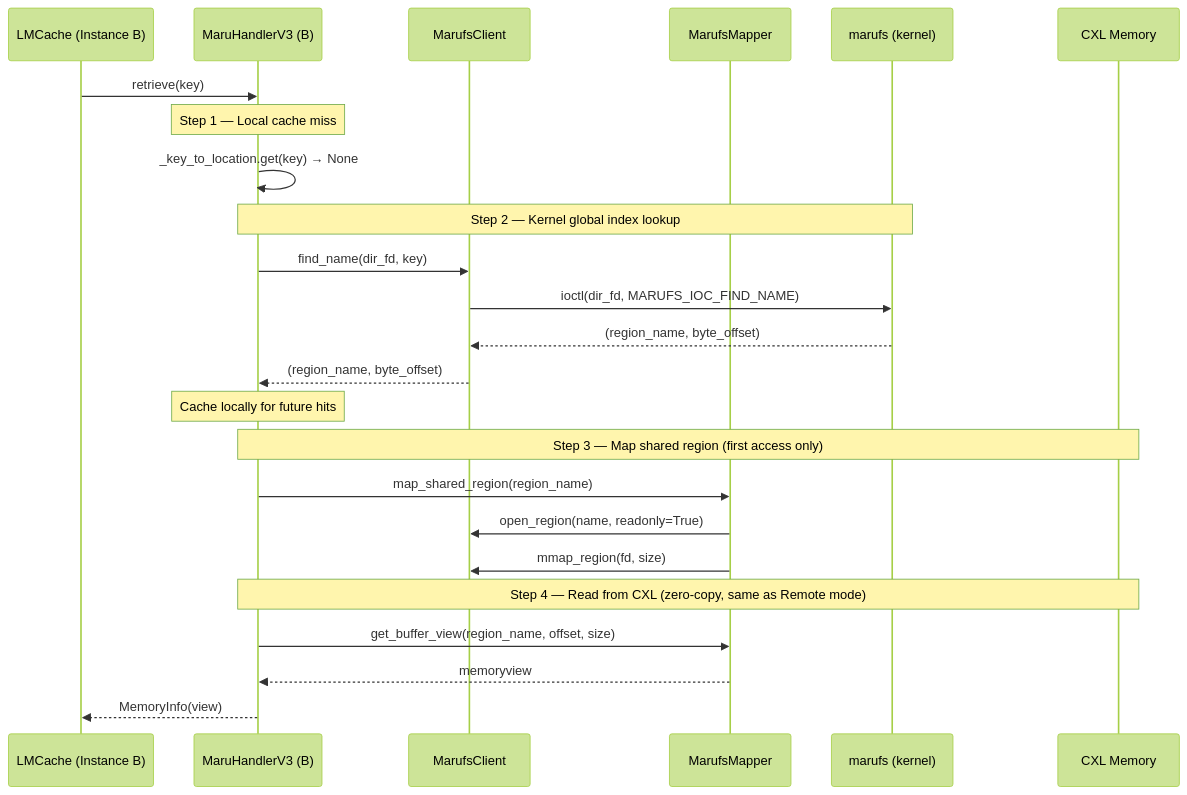
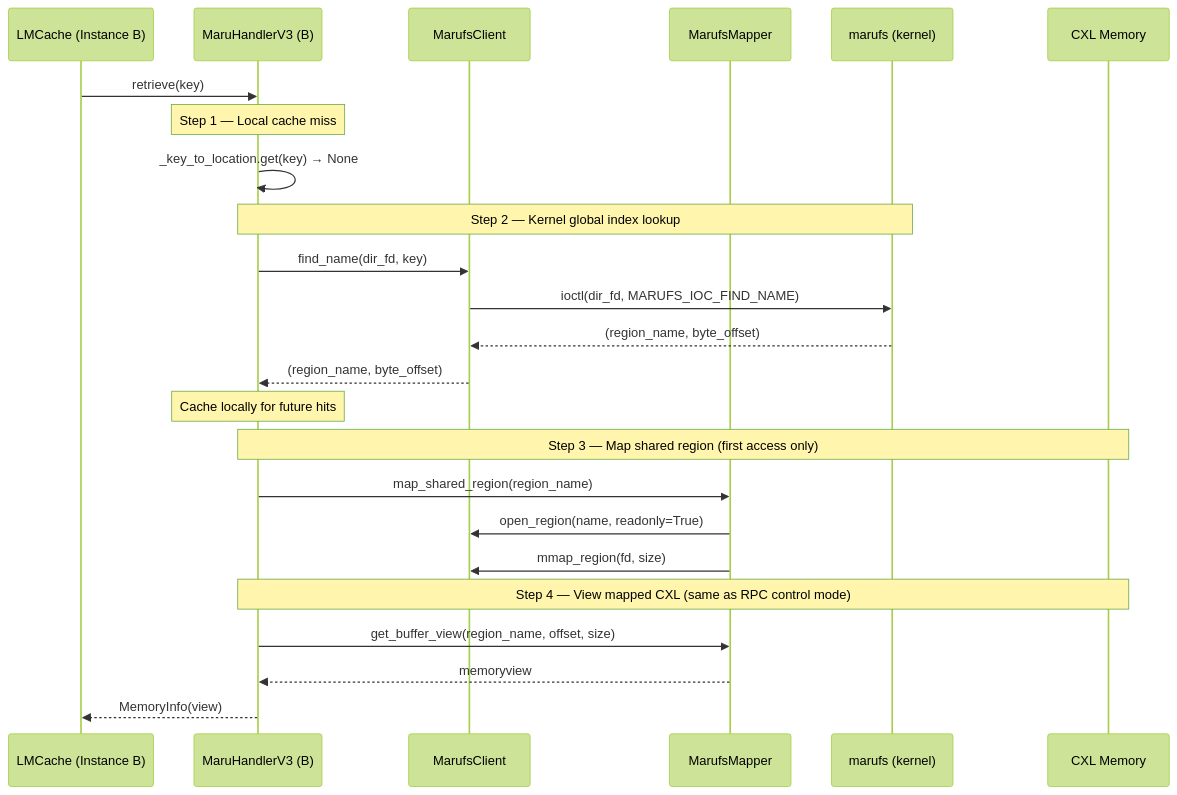
Before and after one commit to xcena-dev/maru: the second of 4 diagrams in docs/source/design_doc/maru_fs.md, drawn with Mermaid (forest theme). The commit also changed other lines of this file and 13 other files, not shown here.

````diff
--- a/docs/source/design_doc/maru_fs.md
+++ b/docs/source/design_doc/maru_fs.md
@@ -123,32 +125,32 @@
 ```mermaid
 sequenceDiagram
     participant C as LMCache (Instance B)
     participant H as MaruHandlerV3 (B)
     participant XC as MarufsClient
     participant XM as MarufsMapper
     participant K as marufs (kernel)
     participant CXL as CXL Memory
 
     C->>H: retrieve(key)
 
     Note over H: Step 1 — Local cache miss
     H->>H: _key_to_location.get(key) → None
 
     Note over H,K: Step 2 — Kernel global index lookup
     H->>XC: find_name(dir_fd, key)
     XC->>K: ioctl(dir_fd, MARUFS_IOC_FIND_NAME)
     K-->>XC: (region_name, byte_offset)
     XC-->>H: (region_name, byte_offset)
 
     Note over H: Cache locally for future hits
 
     Note over H,CXL: Step 3 — Map shared region (first access only)
     H->>XM: map_shared_region(region_name)
     XM->>XC: open_region(name, readonly=True)
     XM->>XC: mmap_region(fd, size)
 
-    Note over H,CXL: Step 4 — Read from CXL (zero-copy, same as Remote mode)
+    Note over H,CXL: Step 4 — View mapped CXL (same as RPC control mode)
     H->>XM: get_buffer_view(region_name, offset, size)
     XM-->>H: memoryview
     H-->>C: MemoryInfo(view)
 ```
````
